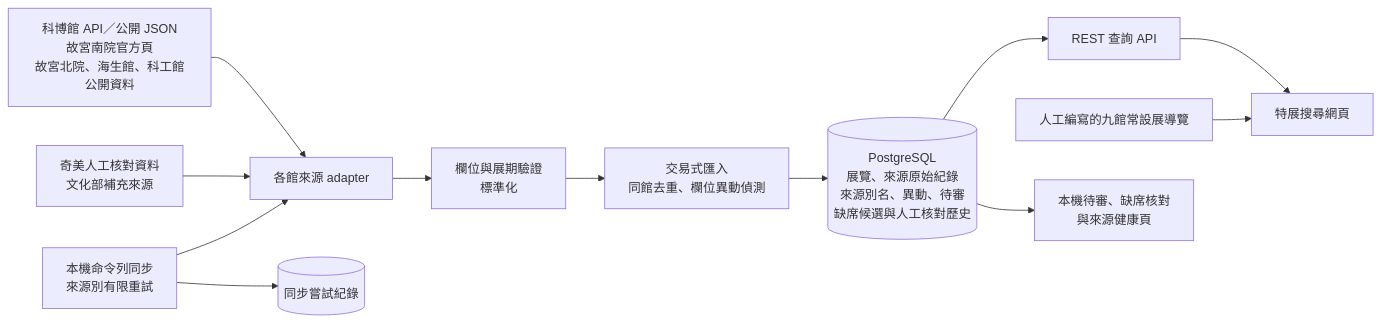
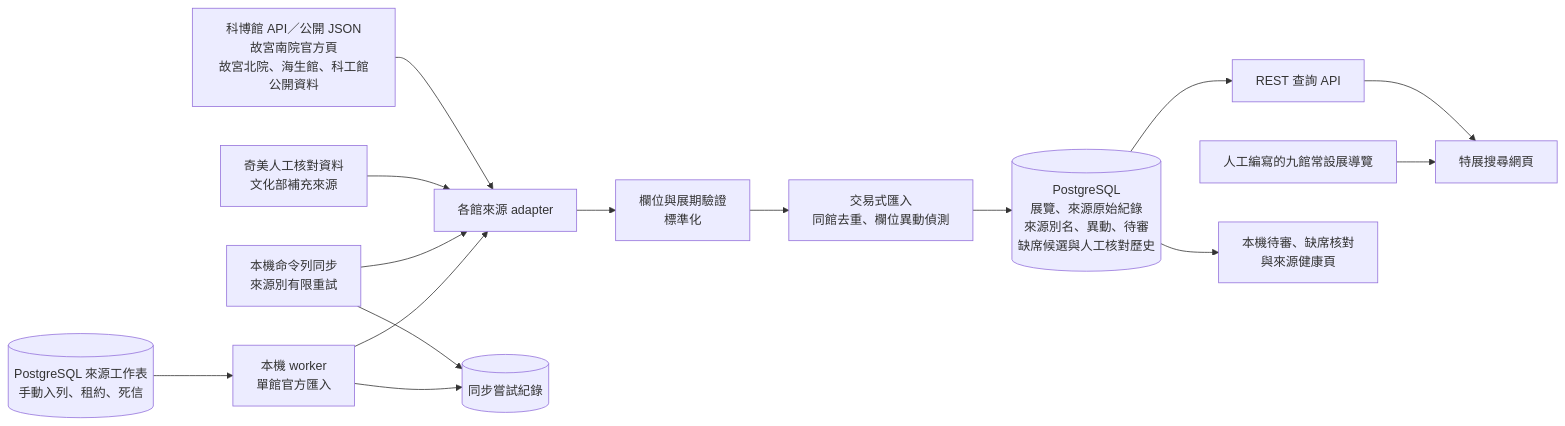
One commit to AndyLinStrongtyping/event-radar changed the diagram in docs/architecture.md. Above: the diagram before and after it, drawn with Mermaid. The commit also changed other lines of this file and 13 other files, not shown here.

Commit message:
Add local PostgreSQL source job queue

````diff
--- a/docs/architecture.md
+++ b/docs/architecture.md
@@ -7,14 +7,17 @@
 ```mermaid
 flowchart LR
     A["科博館 API／公開 JSON<br/>故宮南院官方頁<br/>故宮北院、海生館、科工館公開資料"] --> B["各館來源 adapter"]
     C["奇美人工核對資料<br/>文化部補充來源"] --> B
     B --> D["欄位與展期驗證<br/>標準化"]
     D --> E["交易式匯入<br/>同館去重、欄位異動偵測"]
     E --> F[("PostgreSQL<br/>展覽、來源原始紀錄<br/>來源別名、異動、待審<br/>缺席候選與人工核對歷史")]
     G["本機命令列同步<br/>來源別有限重試"] --> B
     G --> H[("同步嘗試紀錄")]
+    Q[("PostgreSQL 來源工作表<br/>手動入列、租約、死信")] --> W["本機 worker<br/>單館官方匯入"]
+    W --> B
+    W --> H
     F --> I["REST 查詢 API"]
     I --> J["特展搜尋網頁"]
     K["人工編寫的九館常設展導覽"] --> J
     F --> L["本機待審、缺席核對<br/>與來源健康頁"]
 ```
````
